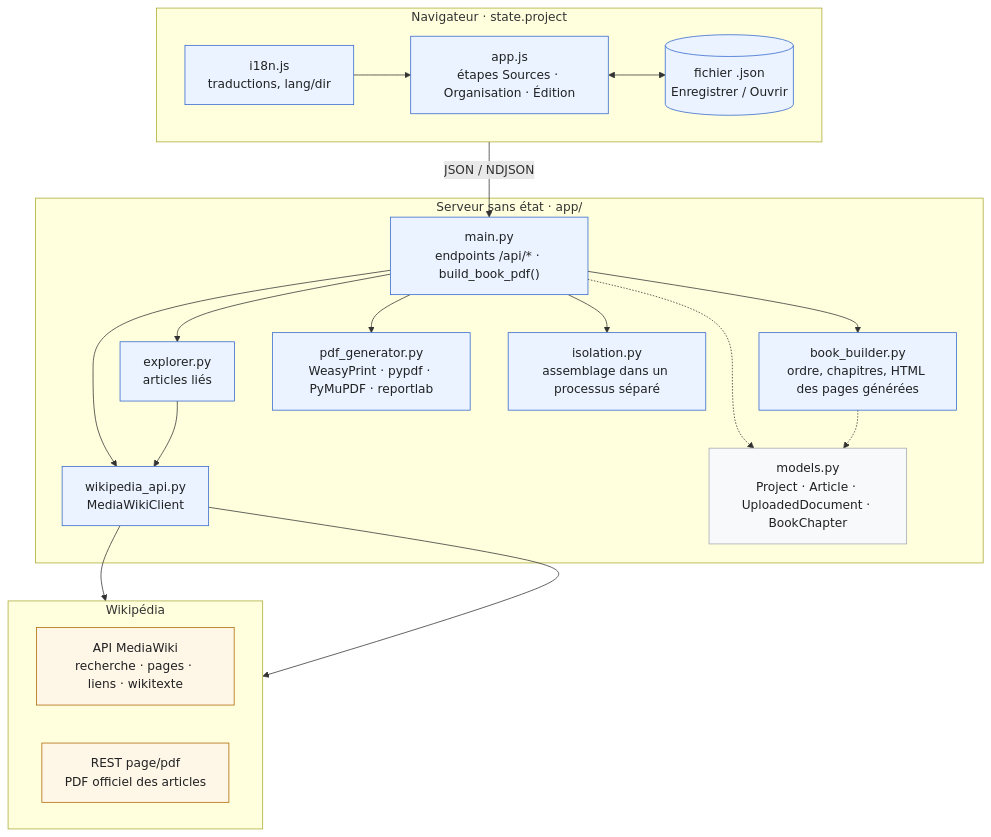
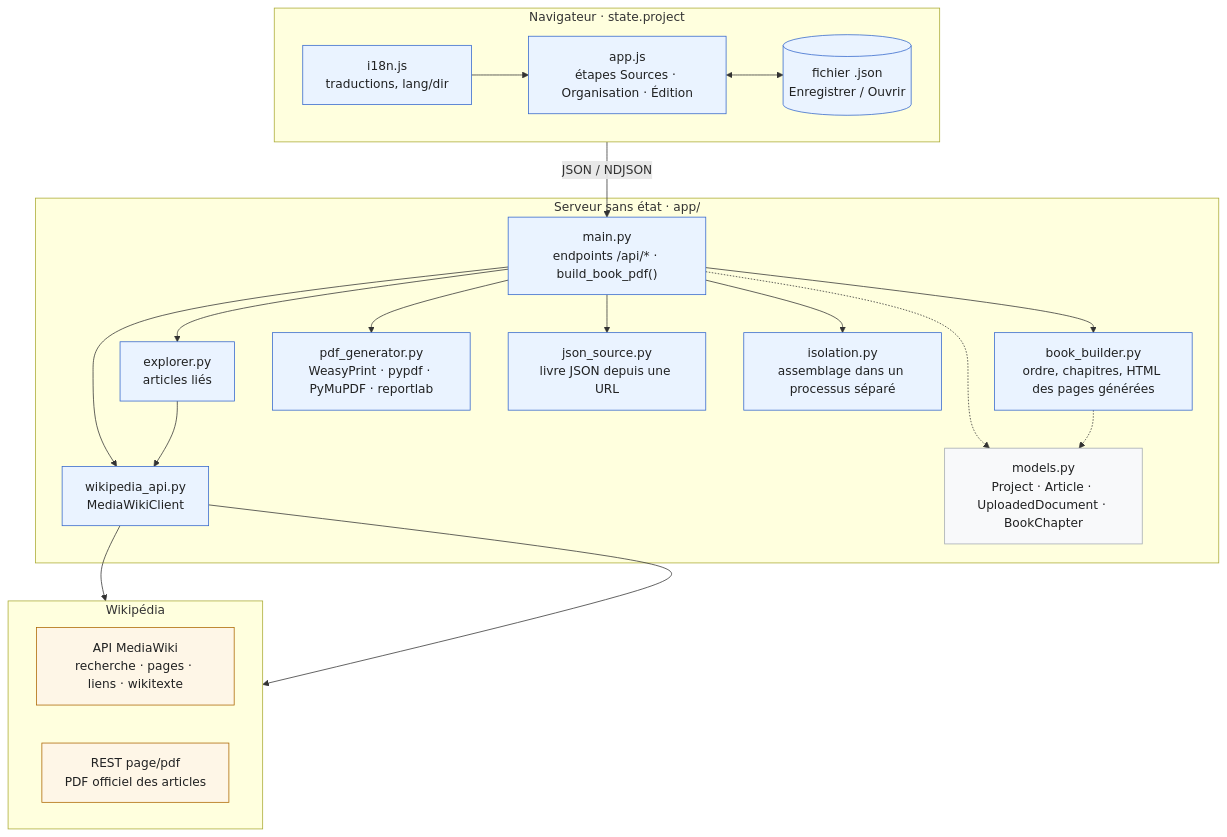
One commit to gmoulard/wikipedia2book changed the first of 2 diagrams in docs/SPECIFICATIONS.fr.md. Above: the diagram before and after it, drawn with Mermaid. The commit also changed other lines of this file and 7 other files, not shown here.

Commit message:
Livre ouvert depuis l'URL d'un fichier JSON : ?json=<url> dans la page, GET /api/pdf/from-json?url=<url> pour le PDF

````diff
--- a/docs/SPECIFICATIONS.fr.md
+++ b/docs/SPECIFICATIONS.fr.md
@@ -936,46 +940,48 @@
 ```mermaid
 flowchart TB
     subgraph Browser["Navigateur · state.project"]
         direction LR
         I18N["i18n.js<br/>traductions, lang/dir"]
         APP["app.js<br/>étapes Sources · Organisation · Édition"]
         FILE[("fichier .json<br/>Enregistrer / Ouvrir")]
         I18N --> APP
         APP <--> FILE
     end
 
     subgraph Server["Serveur sans état · app/"]
         MAIN["main.py<br/>endpoints /api/* · build_book_pdf()"]
         EXPL["explorer.py<br/>articles liés"]
         BB["book_builder.py<br/>ordre, chapitres, HTML des pages générées"]
         PDFG["pdf_generator.py<br/>WeasyPrint · pypdf · PyMuPDF · reportlab"]
         WAPI["wikipedia_api.py<br/>MediaWikiClient"]
+        JSRC["json_source.py<br/>livre JSON depuis une URL"]
         MODELS["models.py<br/>Project · Article · UploadedDocument · BookChapter"]
         MAIN --> EXPL
         MAIN --> BB
         ISO["isolation.py<br/>assemblage dans un processus séparé"]
         MAIN --> ISO
         MAIN --> PDFG
         MAIN --> WAPI
+        MAIN --> JSRC
         EXPL --> WAPI
     end
 
     subgraph Wikipedia["Wikipédia"]
         direction LR
         MW["API MediaWiki<br/>recherche · pages · liens · wikitexte"]
         REST["REST page/pdf<br/>PDF officiel des articles"]
     end
 
     APP -- "JSON / NDJSON" --> MAIN
     WAPI --> MW
     WAPI --> REST
     MAIN -.-> MODELS
     BB -.-> MODELS
 
     classDef app fill:#eaf3ff,stroke:#3366cc,color:#202122
     classDef wiki fill:#fef6e7,stroke:#ac6600,color:#202122
     classDef shared fill:#f8f9fa,stroke:#a2a9b1,color:#202122
-    class I18N,APP,FILE,MAIN,EXPL,BB,PDFG,WAPI,ISO app
+    class I18N,APP,FILE,MAIN,EXPL,BB,PDFG,WAPI,ISO,JSRC app
     class MW,REST wiki
     class MODELS shared
 ```
````
